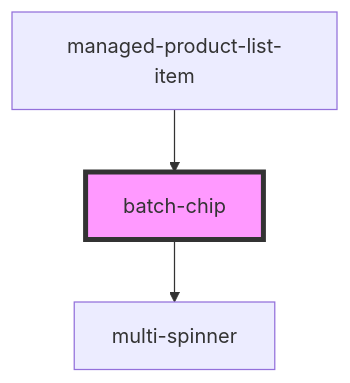
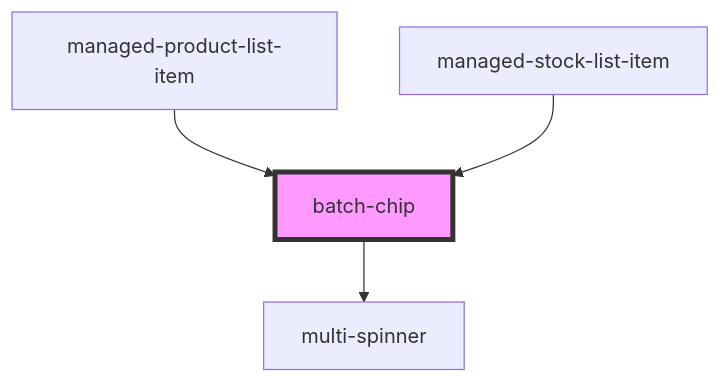
One commit to PharmaLedger-IMI/fgt-workspace changed the diagram in pdm-web-components/src/components/batch-chip/readme.md. Above: the diagram before and after it, drawn with Mermaid. The commit also changed other lines of this file and 23 other files, not shown here.

````diff
--- a/pdm-web-components/src/components/batch-chip/readme.md
+++ b/pdm-web-components/src/components/batch-chip/readme.md
@@ -30,6 +31,7 @@
 ```mermaid
 graph TD;
   batch-chip --> multi-spinner
   managed-product-list-item --> batch-chip
+  managed-stock-list-item --> batch-chip
   style batch-chip fill:#f9f,stroke:#333,stroke-width:4px
 ```
````
